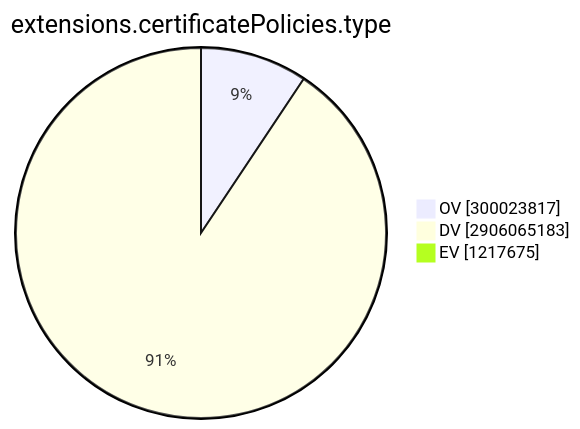
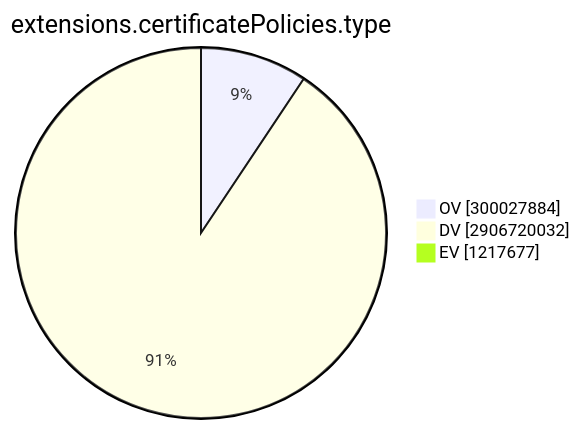
Before and after one commit to christiankrug/ctmonitor_visualization: the ninth of 15 diagrams in TOTAL/README.md, drawn with Mermaid. The commit also changed other lines of this file, not shown here.

````diff
--- a/TOTAL/README.md
+++ b/TOTAL/README.md
@@ -3101,7 +3101,7 @@
 ```mermaid
 pie showData
 title extensions.certificatePolicies.type
-"OV" :300023817
-"DV" :2906065183
-"EV" :1217675
+"OV" :300027884
+"DV" :2906720032
+"EV" :1217677
 ```
````
